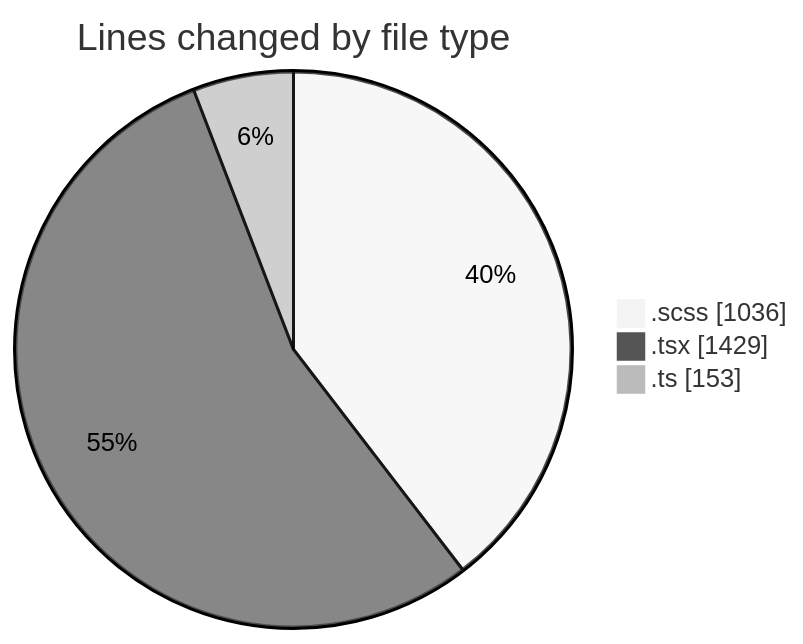
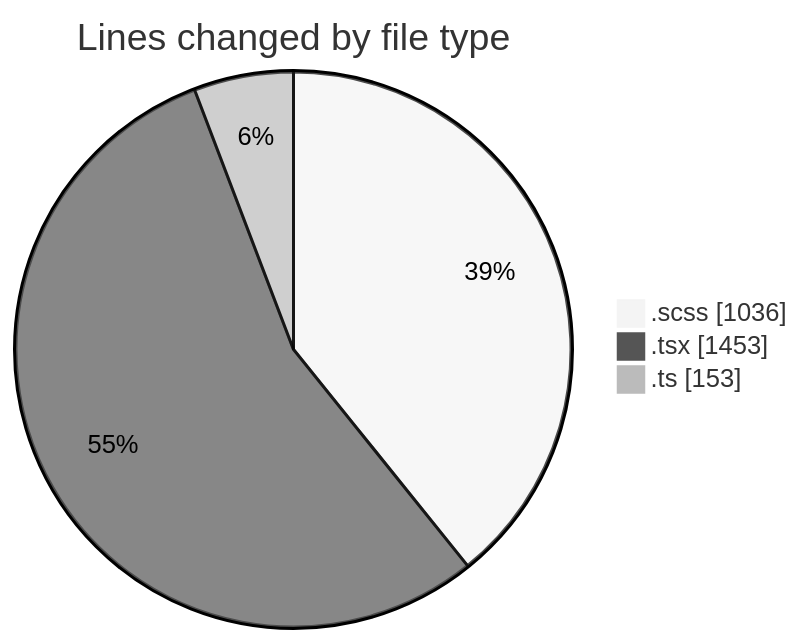
The first of 2 diagrams in 2025-03-28/cda/README.md (momahboobian/code-tracking), drawn with Mermaid (neutral theme) before and after one commit. The commit also changed other lines of this file and 1 other file, not shown here.

````diff
--- a/2025-03-28/cda/README.md
+++ b/2025-03-28/cda/README.md
@@ -27,7 +27,7 @@
 ```mermaid
 pie showData
 title Lines changed by file type
 ".scss" : 1036
-".tsx" : 1429
+".tsx" : 1453
 ".ts" : 153
 ```
````
